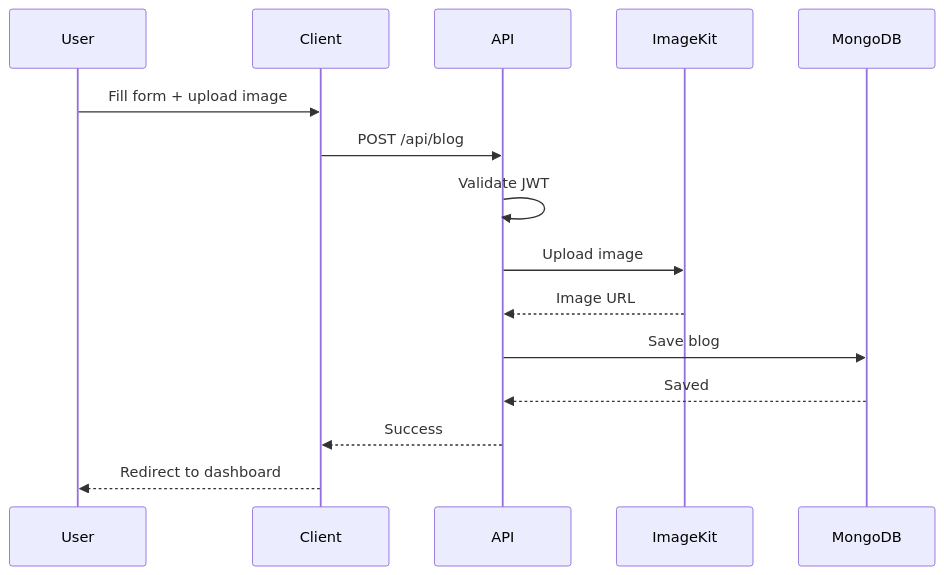
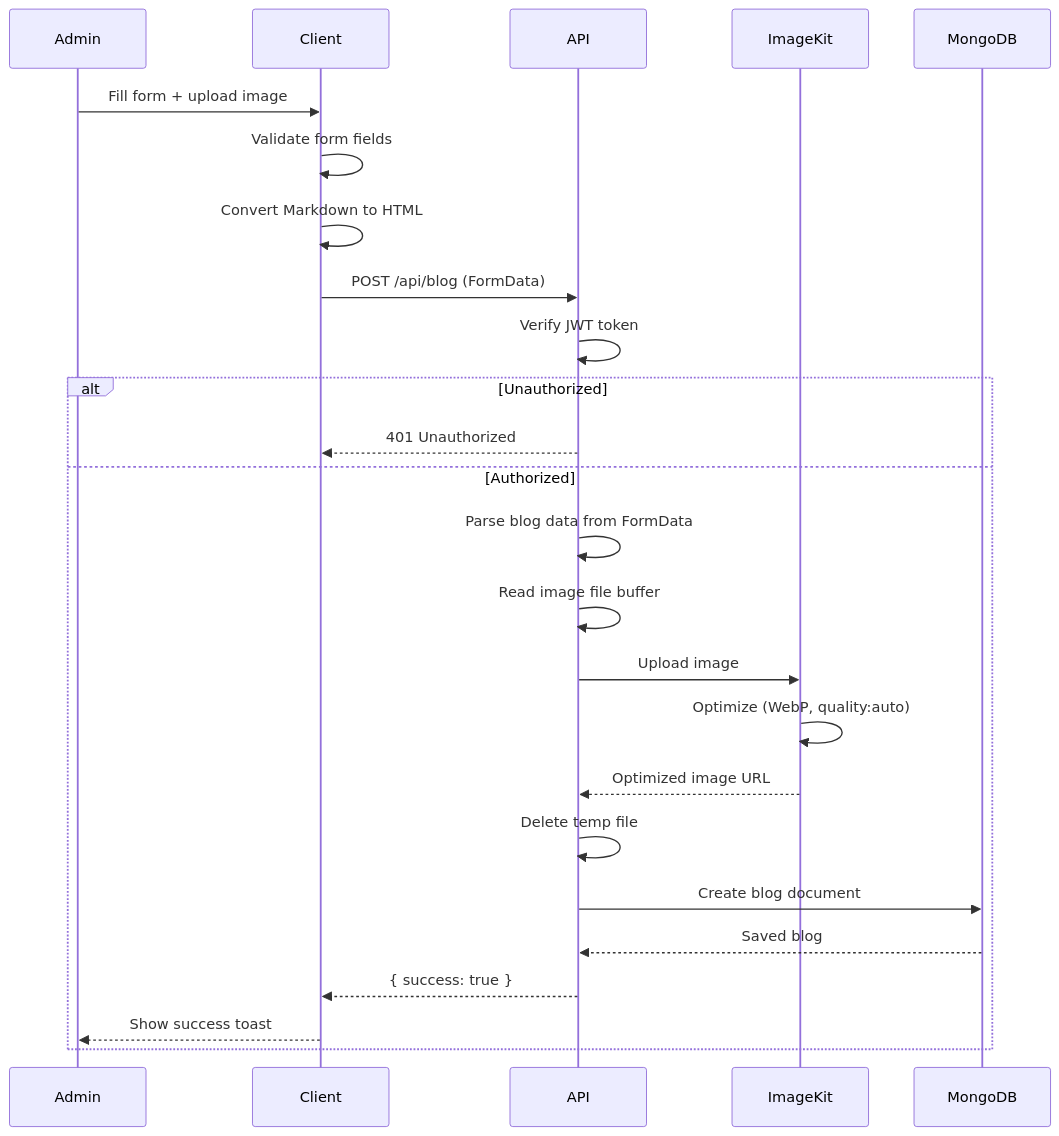
One commit to VIKRAMANR7/VikramanBlog changed the fourth of 8 diagrams in README.md. Above: the diagram before and after it, drawn with Mermaid. The commit also changed other lines of this file and 2 other files, not shown here.

````diff
--- a/README.md
+++ b/README.md
@@ -63,18 +163,30 @@
 ```mermaid
 sequenceDiagram
-    participant User
+    participant Admin
     participant Client
     participant API
     participant ImageKit
     participant MongoDB
 
-    User->>Client: Fill form + upload image
-    Client->>API: POST /api/blog
-    API->>API: Validate JWT
-    API->>ImageKit: Upload image
-    ImageKit-->>API: Image URL
-    API->>MongoDB: Save blog
-    MongoDB-->>API: Saved
-    API-->>Client: Success
-    Client-->>User: Redirect to dashboard
+    Admin->>Client: Fill form + upload image
+    Client->>Client: Validate form fields
+    Client->>Client: Convert Markdown to HTML
+
+    Client->>API: POST /api/blog (FormData)
+    API->>API: Verify JWT token
+
+    alt Unauthorized
+        API-->>Client: 401 Unauthorized
+    else Authorized
+        API->>API: Parse blog data from FormData
+        API->>API: Read image file buffer
+        API->>ImageKit: Upload image
+        ImageKit->>ImageKit: Optimize (WebP, quality:auto)
+        ImageKit-->>API: Optimized image URL
+        API->>API: Delete temp file
+        API->>MongoDB: Create blog document
+        MongoDB-->>API: Saved blog
+        API-->>Client: { success: true }
+        Client-->>Admin: Show success toast
+    end
 ```
````
